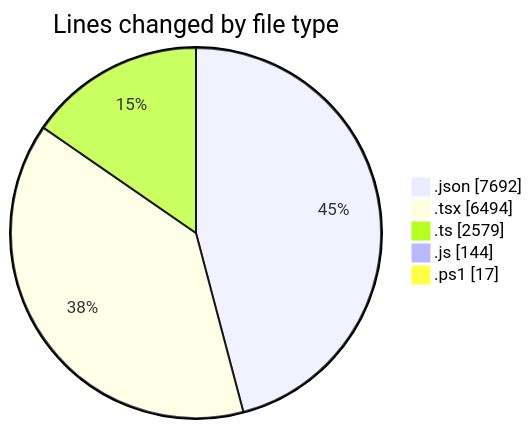
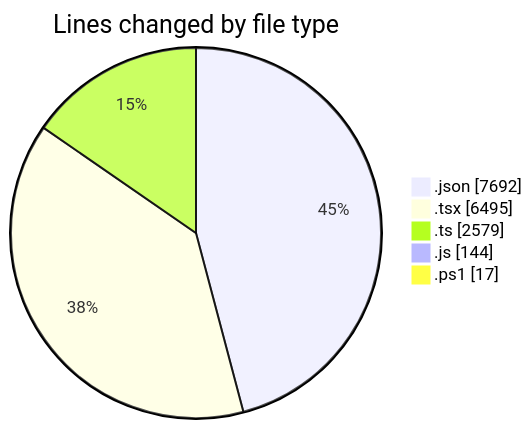
One commit to CELIANVF/code-tracking changed the first of 2 diagrams in 2025-06-10/ecodeli-1/README.md. Above: the diagram before and after it, drawn with Mermaid. The commit also changed other lines of this file and 1 other file, not shown here.

````diff
--- a/2025-06-10/ecodeli-1/README.md
+++ b/2025-06-10/ecodeli-1/README.md
@@ -47,9 +47,9 @@
 ```mermaid
 pie showData
 title Lines changed by file type
 ".json" : 7692
-".tsx" : 6494
+".tsx" : 6495
 ".ts" : 2579
 ".js" : 144
 ".ps1" : 17
 ```
````
